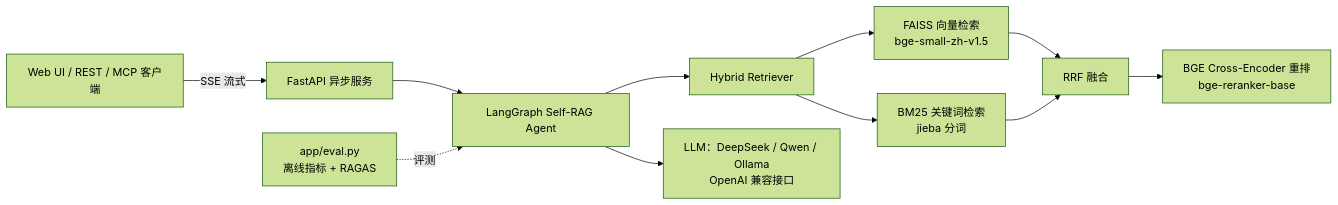
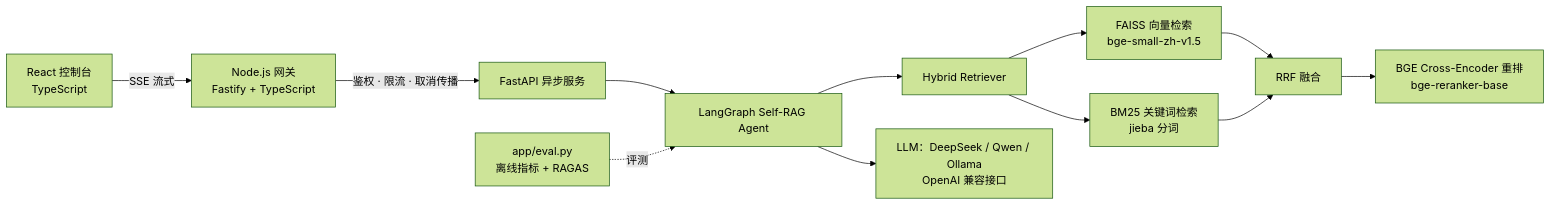
One commit to Henryhuangsice/agentic-rag-compliance-engine changed the first of 2 diagrams in README.md. Above: the diagram before and after it, drawn with Mermaid (forest theme). The commit also changed other lines of this file and 55 other files, not shown here.

First line of the commit message:
Add React + TypeScript console and Node.js gateway

````diff
--- a/README.md
+++ b/README.md
@@ -32,13 +32,14 @@
 ```mermaid
 flowchart LR
-    U[Web UI / REST / MCP 客户端] -->|SSE 流式| API[FastAPI 异步服务]
+    U[React 控制台<br/>TypeScript] -->|SSE 流式| GW[Node.js 网关<br/>Fastify + TypeScript]
+    GW -->|鉴权 · 限流 · 取消传播| API[FastAPI 异步服务]
     API --> G[LangGraph Self-RAG Agent]
     G --> R[Hybrid Retriever]
     R --> V[FAISS 向量检索<br/>bge-small-zh-v1.5]
     R --> B[BM25 关键词检索<br/>jieba 分词]
     V --> F[RRF 融合]
     B --> F
     F --> X[BGE Cross-Encoder 重排<br/>bge-reranker-base]
     G --> L[LLM：DeepSeek / Qwen / Ollama<br/>OpenAI 兼容接口]
     E[app/eval.py<br/>离线指标 + RAGAS] -.评测.-> G
 ```
````
